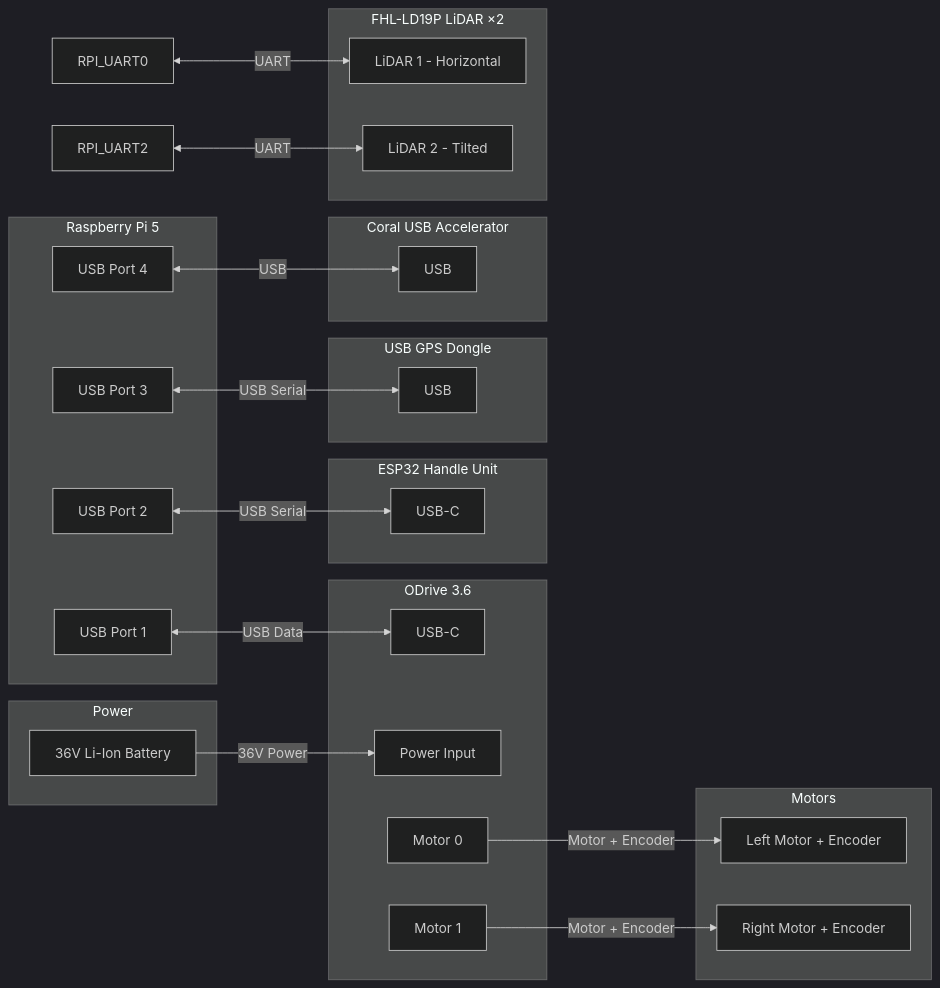
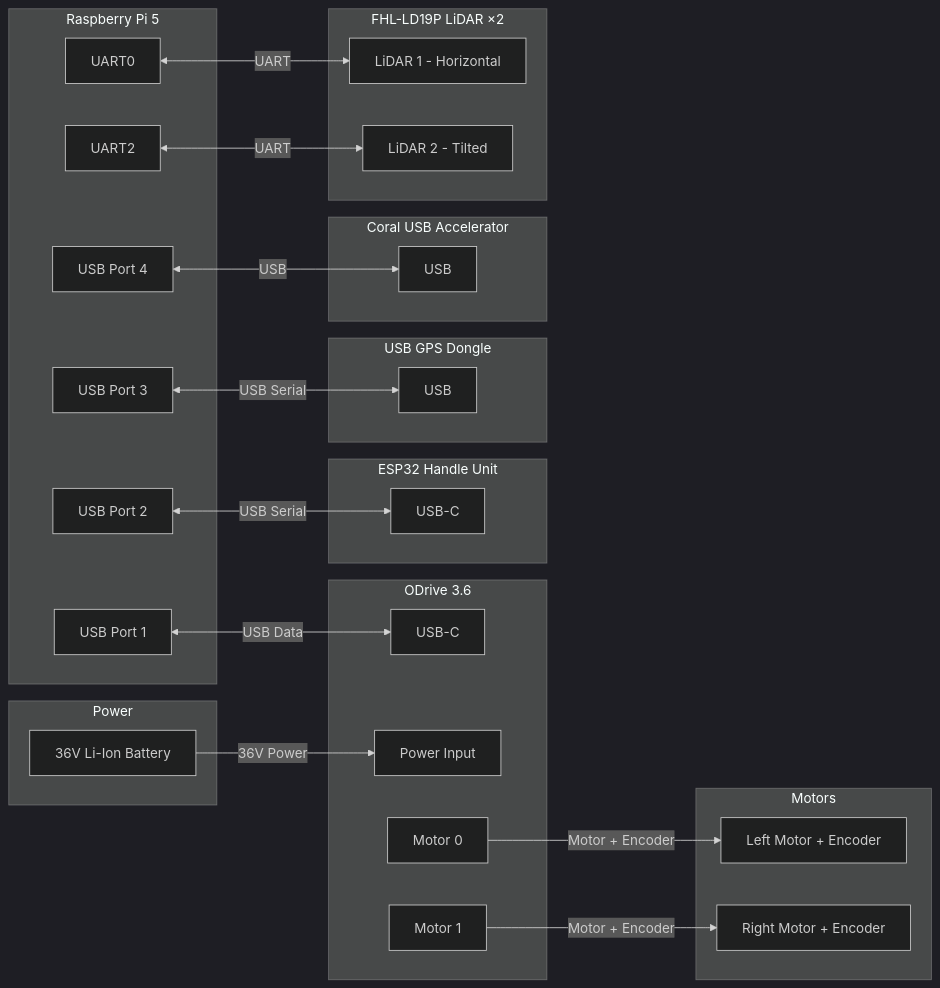
One commit to schmidt-daniel/golfcart-ai changed the first of 2 diagrams in docs/wiring.md. Above: the diagram before and after it, drawn with Mermaid (dark theme).

Commit message:
docs: add UART0/UART2 nodes to Pi 5 subgraph in wiring diagram

````diff
--- a/docs/wiring.md
+++ b/docs/wiring.md
@@ -24,52 +24,54 @@
 ```mermaid
 graph LR
     subgraph Power
         BAT[36V Li-Ion Battery]
     end
 
     subgraph RPi[Raspberry Pi 5]
         RPI_USB1[USB Port 1]
         RPI_USB2[USB Port 2]
         RPI_USB3[USB Port 3]
         RPI_USB4[USB Port 4]
+        RPI_UART0[UART0]
+        RPI_UART2[UART2]
     end
 
     subgraph ODrive[ODrive 3.6]
         ODRIVE_USB[USB-C]
         ODRIVE_PWR[Power Input]
         ODRIVE_M0[Motor 0]
         ODRIVE_M1[Motor 1]
     end
 
     subgraph Motors
         M0[Left Motor + Encoder]
         M1[Right Motor + Encoder]
     end
 
     subgraph Handle[ESP32 Handle Unit]
         HANDLE_USB[USB-C]
     end
 
     subgraph GPS[USB GPS Dongle]
         GPS_USB[USB]
     end
 
     subgraph Coral[Coral USB Accelerator]
         CORAL_USB[USB]
     end
 
     subgraph Lidar[FHL-LD19P LiDAR ×2]
         LIDAR1[LiDAR 1 - Horizontal]
         LIDAR2[LiDAR 2 - Tilted]
     end
 
     BAT -->|36V Power| ODRIVE_PWR
     RPI_USB1 <-->|USB Data| ODRIVE_USB
     ODRIVE_M0 -->|Motor + Encoder| M0
     ODRIVE_M1 -->|Motor + Encoder| M1
     RPI_USB2 <-->|USB Serial| HANDLE_USB
     RPI_USB3 <-->|USB Serial| GPS_USB
     RPI_USB4 <-->|USB| CORAL_USB
     RPI_UART0 <-->|UART| LIDAR1
     RPI_UART2 <-->|UART| LIDAR2
 ```
````
